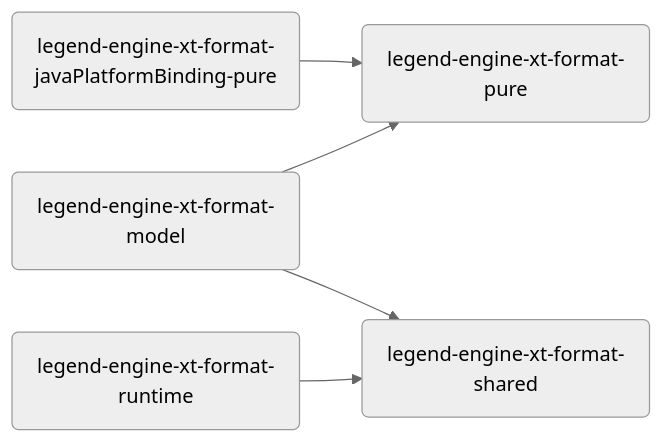
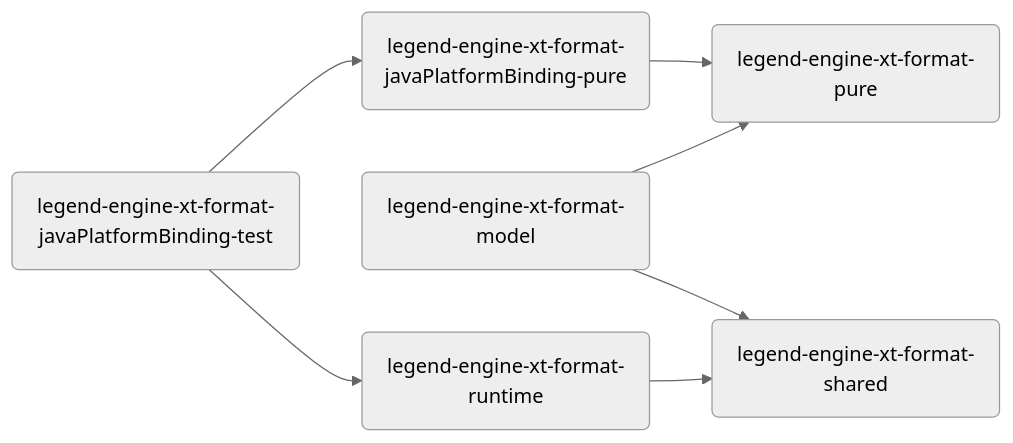
One commit to finos/legend-engine changed the diagram in docs/externalFormat/steps-to-add-new-external-format.md. Above: the diagram before and after it, drawn with Mermaid (neutral theme). The commit also changed other lines of this file and 1 other file, not shown here.

Commit message:
Fix external format documentation links post refactor

````diff
--- a/docs/externalFormat/steps-to-add-new-external-format.md
+++ b/docs/externalFormat/steps-to-add-new-external-format.md
@@ -239,13 +239,16 @@
 ```mermaid
 graph LR
     Shared(legend-engine-xt-format-shared)
     Model(legend-engine-xt-format-model)
     Runtime(legend-engine-xt-format-runtime)
     Pure(legend-engine-xt-format-pure)
     PureJava(legend-engine-xt-format-javaPlatformBinding-pure)
+    JavaTest(legend-engine-xt-format-javaPlatformBinding-test)
     
     PureJava --> Pure
     Model --> Pure
     Model --> Shared
     Runtime --> Shared
+    JavaTest --> PureJava
+    JavaTest --> Runtime
 ```
````
